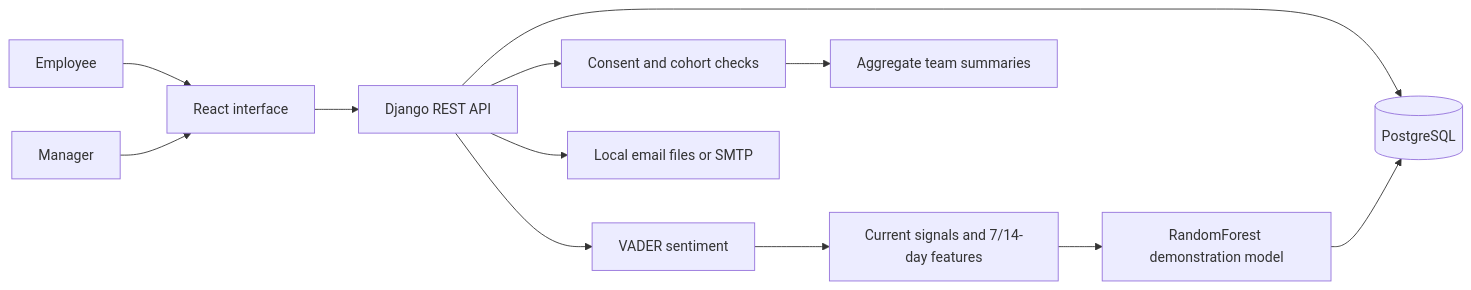
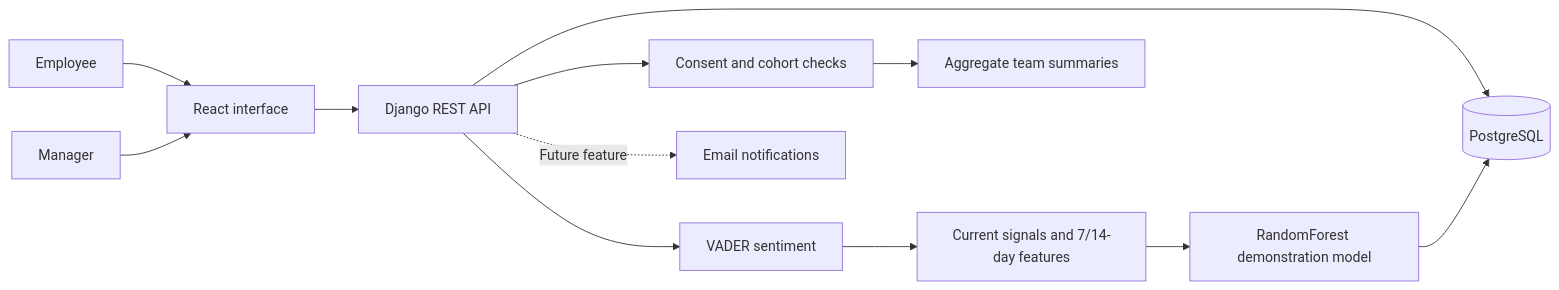
One commit to Rupaumamahesh/wellwatch-ai changed the diagram in README.md. Above: the diagram before and after it, drawn with Mermaid. The commit also changed other lines of this file and 9 other files, not shown here.

Commit message:
Prepare teammate setup, defer email delivery, and isolate local credentials

````diff
--- a/README.md
+++ b/README.md
@@ -23,14 +23,14 @@
 ```mermaid
 flowchart LR
     E[Employee] --> UI[React interface]
     M[Manager] --> UI
     UI --> API[Django REST API]
     API --> DB[(PostgreSQL)]
     API --> S[VADER sentiment]
     S --> F[Current signals and 7/14-day features]
     F --> RF[RandomForest demonstration model]
     RF --> DB
     API --> P[Consent and cohort checks]
     P --> T[Aggregate team summaries]
-    API --> Mail[Local email files or SMTP]
+    API -. Future feature .-> Mail[Email notifications]
 ```
````
